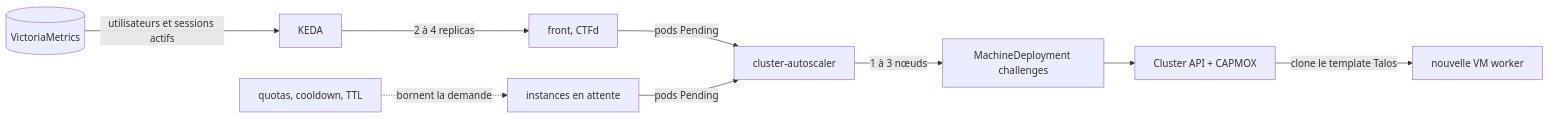
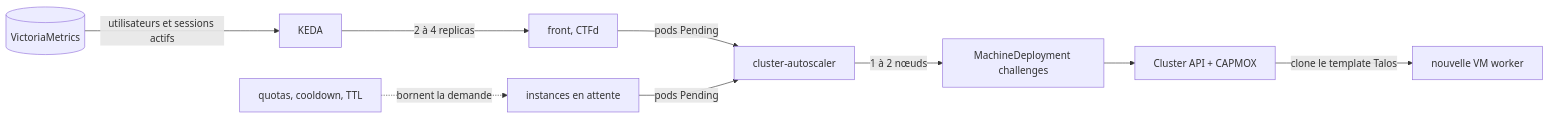
One commit to kim-tsr/penetrate-and-destroy changed the seventh of 9 diagrams in docs/fonctionnement.md. Above: the diagram before and after it, drawn with Mermaid. The commit also changed other lines of this file and 10 other files, not shown here.

````diff
--- a/docs/fonctionnement.md
+++ b/docs/fonctionnement.md
@@ -251,11 +251,11 @@
 ```mermaid
 flowchart LR
     VM[(VictoriaMetrics)] -->|utilisateurs et sessions actifs| KEDA
     KEDA -->|2 à 4 replicas| APP[front, CTFd]
     APP -->|pods Pending| CA[cluster-autoscaler]
     INST[instances en attente] -->|pods Pending| CA
-    CA -->|1 à 3 nœuds| MD[MachineDeployment challenges]
+    CA -->|1 à 2 nœuds| MD[MachineDeployment challenges]
     MD --> CAPI[Cluster API + CAPMOX]
     CAPI -->|clone le template Talos| NODE[nouvelle VM worker]
     Q[quotas, cooldown, TTL] -.->|bornent la demande| INST
 ```
````
